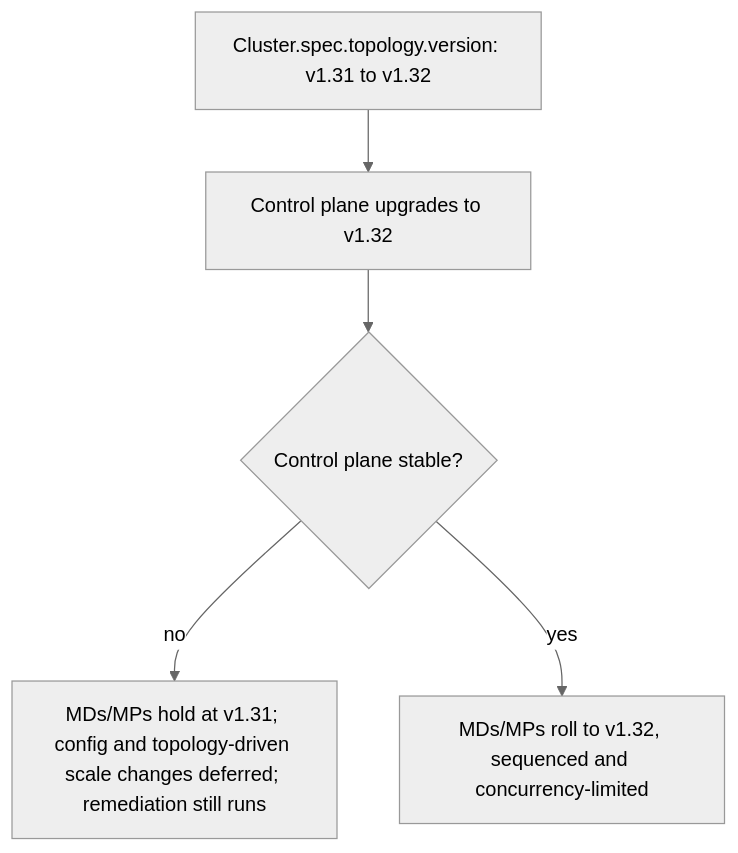
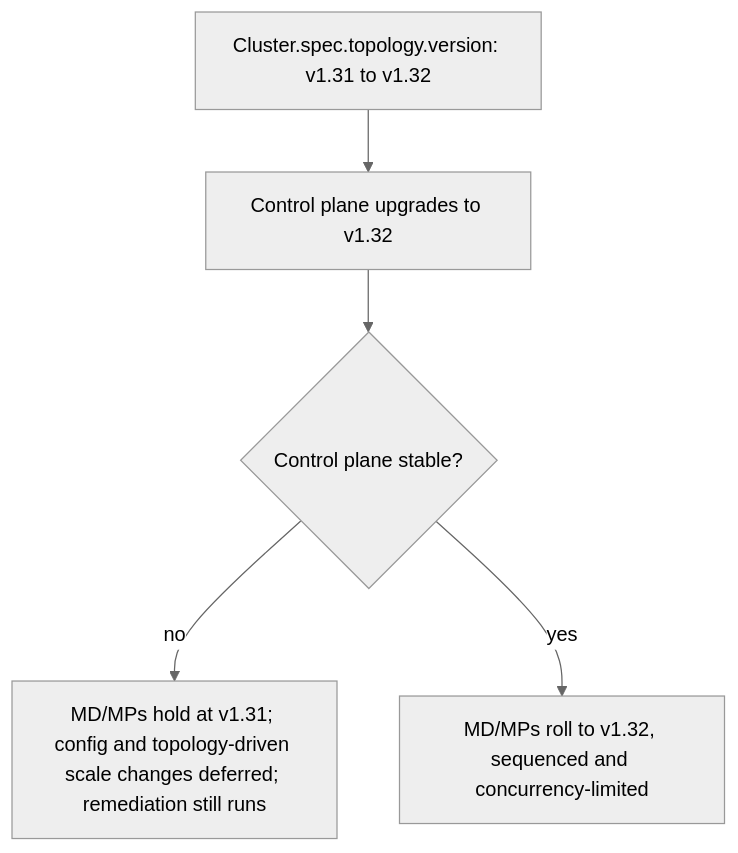
One commit to kubernetes-sigs/cluster-api changed the first of 3 diagrams in docs/proposals/20260706-independent-worker-topology-versions.md. Above: the diagram before and after it, drawn with Mermaid (neutral theme). The commit also changed other lines of this file, not shown here.

````diff
--- a/docs/proposals/20260706-independent-worker-topology-versions.md
+++ b/docs/proposals/20260706-independent-worker-topology-versions.md
@@ -128,7 +128,7 @@
 ```mermaid
 flowchart TD
   V["Cluster.spec.topology.version: v1.31 to v1.32"] --> CP["Control plane upgrades to v1.32"]
   CP --> G{"Control plane stable?"}
-  G -->|no| H["MDs/MPs hold at v1.31; config and topology-driven scale changes deferred; remediation still runs"]
-  G -->|yes| R["MDs/MPs roll to v1.32, sequenced and concurrency-limited"]
+  G -->|no| H["MD/MPs hold at v1.31; config and topology-driven scale changes deferred; remediation still runs"]
+  G -->|yes| R["MD/MPs roll to v1.32, sequenced and concurrency-limited"]
 ```
````
